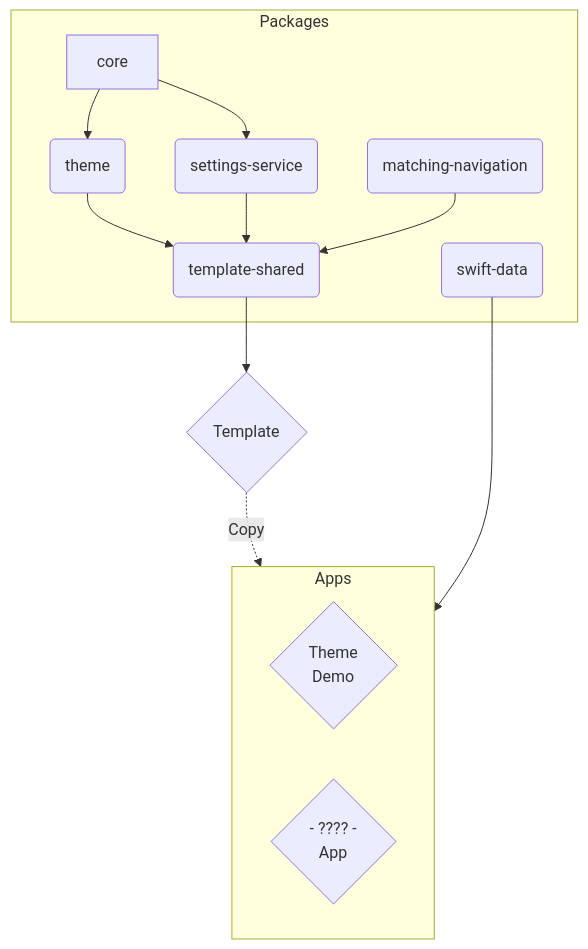
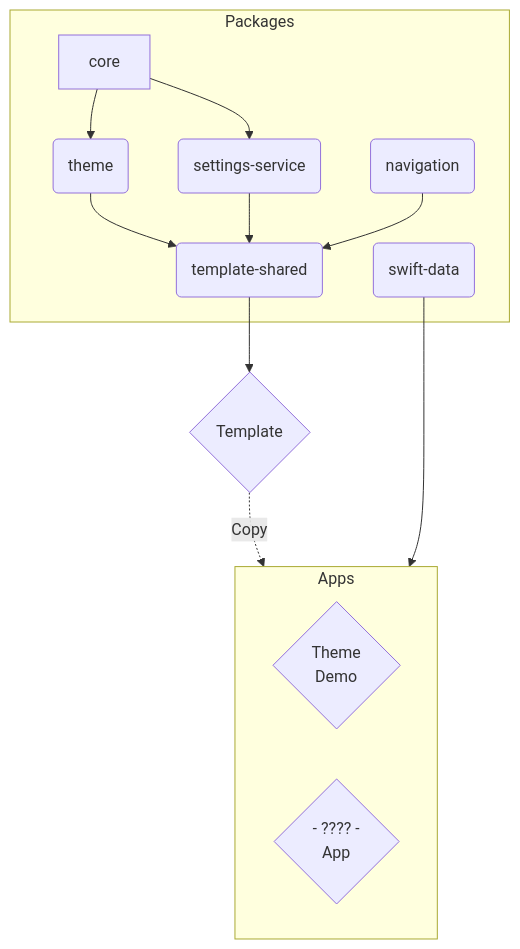
The diagram in README.md (simonnickel/snap), drawn with Mermaid before and after one commit. The commit also changed other lines of this file, not shown here.

Commit message:
Replace matching navigation with navigation package

````diff
--- a/README.md
+++ b/README.md
@@ -26,31 +26,31 @@
 ```mermaid
 flowchart TD
 
     subgraph Packages
     C1[core]
     M2(theme)
     M3(settings-service)
-    M4(matching-navigation)
+    M4(navigation)
     M5(swift-data)
     M1(template-shared)
     end
     
     A1{Template}
 
     subgraph Apps
     A2{Theme\nDemo}
     A3{ - ???? - \nApp}
     end
 
     C1 --> M2
     C1 --> M3
 
     M2 --> M1
     M3 --> M1
     M4 --> M1
 
     M1 --> A1
 
     A1 -.->|Copy| Apps
     M5 --> Apps
 ```
````
